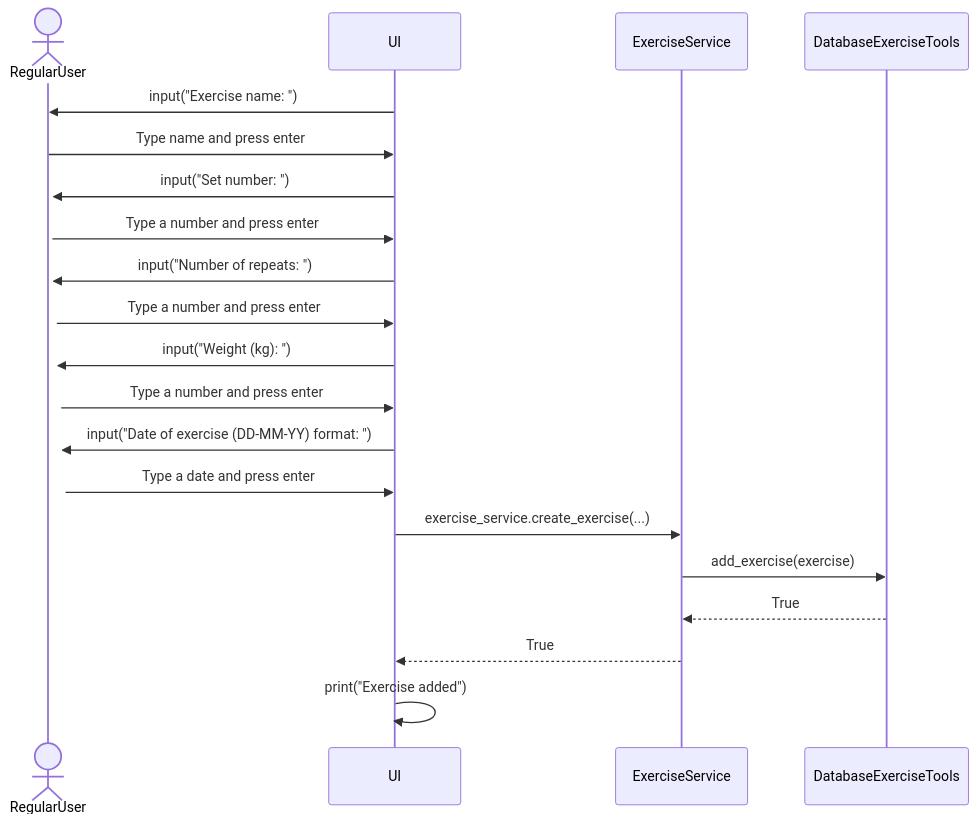
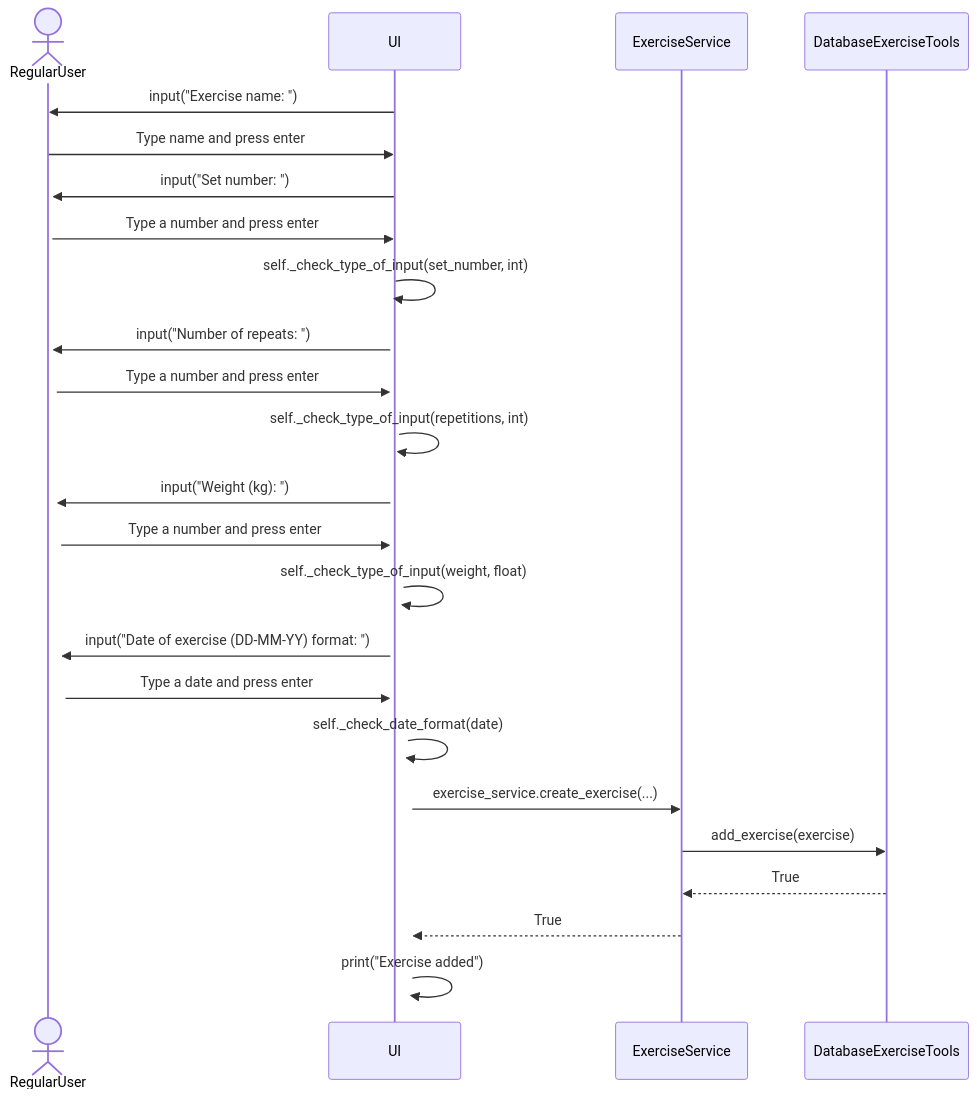
The second of 4 diagrams in dokumentaatio/arkkitehtuuri.md (sippohippo/ot-harjoitustyo), drawn with Mermaid before and after one commit. The commit also changed other lines of this file and 2 other files, not shown here.

````diff
--- a/dokumentaatio/arkkitehtuuri.md
+++ b/dokumentaatio/arkkitehtuuri.md
@@ -67,23 +67,27 @@
 ```mermaid
 sequenceDiagram
     Actor RegularUser
 
     UI->>RegularUser: input("Exercise name: ")
     RegularUser->>UI: Type name and press enter
     UI->>+RegularUser: input("Set number: ")
     RegularUser->>UI: Type a number and press enter
+    UI->>+UI: self._check_type_of_input(set_number, int)
     UI->>+RegularUser: input("Number of repeats: ")
     RegularUser->>UI: Type a number and press enter
+    UI->>+UI: self._check_type_of_input(repetitions, int)
     UI->>+RegularUser: input("Weight (kg): ")
     RegularUser->>UI: Type a number and press enter
+    UI->>+UI: self._check_type_of_input(weight, float)
     UI->>+RegularUser: input("Date of exercise (DD-MM-YY) format: ")
-    RegularUser->>UI: Type a date and press enter    
-    
+    RegularUser->>UI: Type a date and press enter
+    UI->>+UI: self._check_date_format(date)
+
     UI->>ExerciseService: exercise_service.create_exercise(...)
     ExerciseService->>DatabaseExerciseTools: add_exercise(exercise)
 
     DatabaseExerciseTools-->>ExerciseService: True
     ExerciseService-->>UI: True
 
     UI->>+UI: print("Exercise added")
 ```
````
